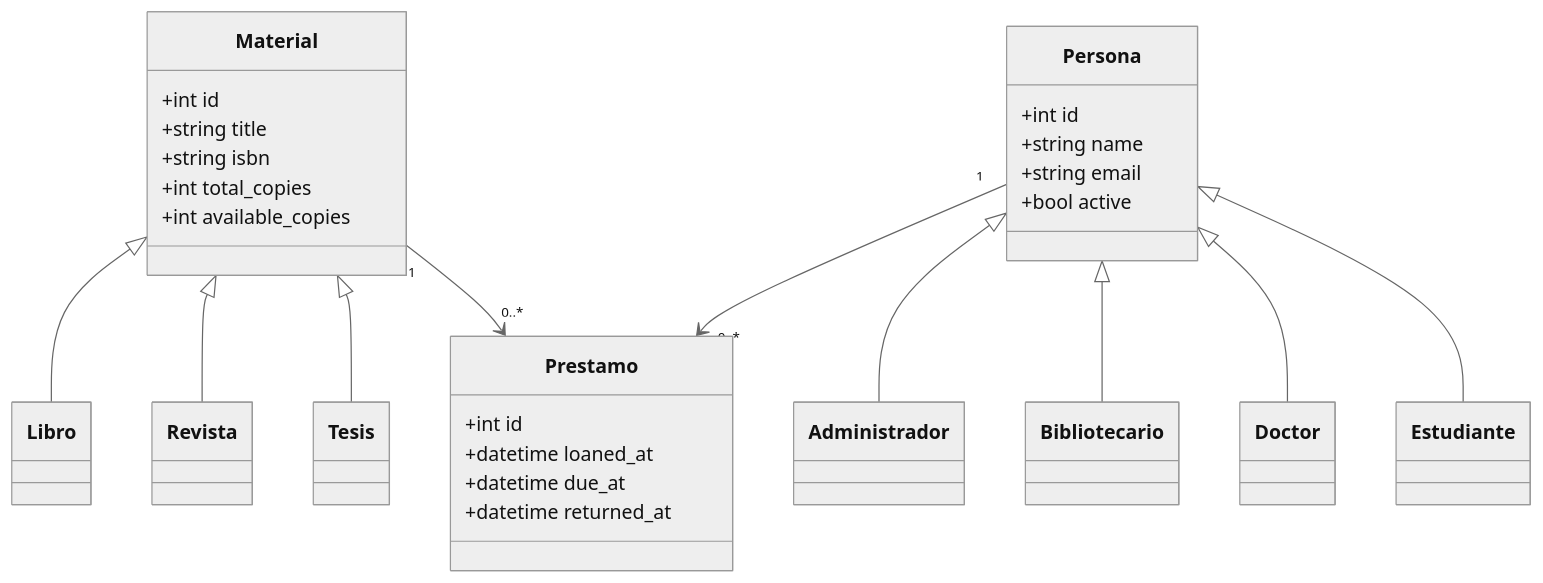
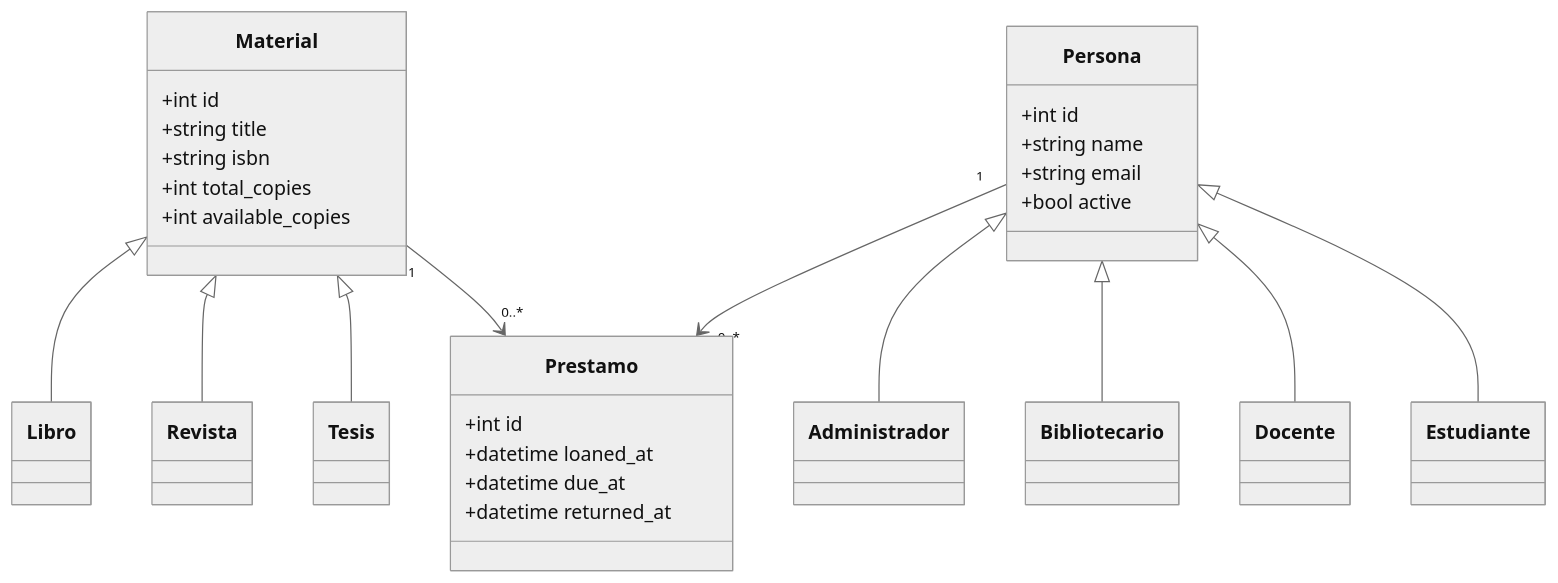
One commit to Drew1912/biblioteca-mvc-flask-next changed the diagram in diagrama/clases.md. Above: the diagram before and after it, drawn with Mermaid (neutral theme). The commit also changed 85 other files, not shown here.

````diff
--- a/diagrama/clases.md
+++ b/diagrama/clases.md
@@ -3,40 +3,40 @@
 ```mermaid
 classDiagram
     class Material {
         +int id
         +string title
         +string isbn
         +int total_copies
         +int available_copies
     }
     class Libro
     class Revista
     class Tesis
     Material <|-- Libro
     Material <|-- Revista
     Material <|-- Tesis
 
     class Persona {
         +int id
         +string name
         +string email
         +bool active
     }
     class Administrador
     class Bibliotecario
-    class Doctor
+    class Docente
     class Estudiante
     Persona <|-- Administrador
     Persona <|-- Bibliotecario
-    Persona <|-- Doctor
+    Persona <|-- Docente
     Persona <|-- Estudiante
 
     class Prestamo {
         +int id
         +datetime loaned_at
         +datetime due_at
         +datetime returned_at
     }
     Material "1" --> "0..*" Prestamo
     Persona "1" --> "0..*" Prestamo
 ```
````
